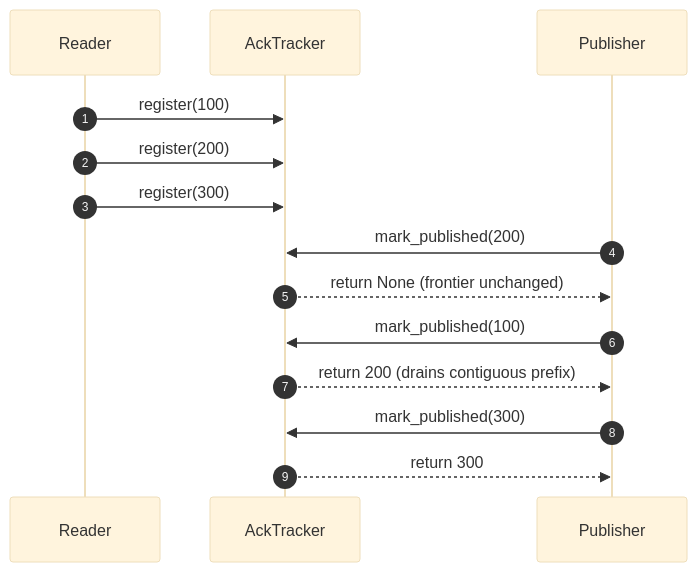
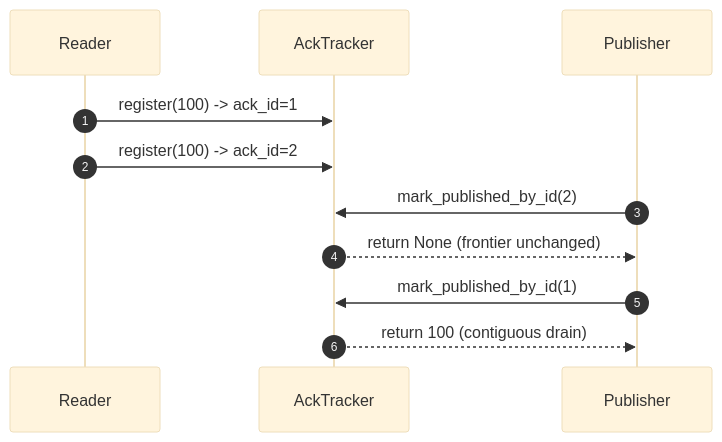
Before and after one commit to giuliano-altobelli/data-platform: the third of 3 diagrams in docs/streaming/cdc-ack-tracker-line-by-line.md, drawn with Mermaid (base theme). The commit also changed other lines of this file and 8 other files, not shown here.

````diff
--- a/docs/streaming/cdc-ack-tracker-line-by-line.md
+++ b/docs/streaming/cdc-ack-tracker-line-by-line.md
@@ -258,20 +312,16 @@
 ```mermaid
 sequenceDiagram
   autonumber
   participant R as Reader
   participant A as AckTracker
   participant P as Publisher
 
-  R->>A: register(100)
-  R->>A: register(200)
-  R->>A: register(300)
+  R->>A: register(100) -> ack_id=1
+  R->>A: register(100) -> ack_id=2
 
-  P->>A: mark_published(200)
+  P->>A: mark_published_by_id(2)
   A-->>P: return None (frontier unchanged)
 
-  P->>A: mark_published(100)
-  A-->>P: return 200 (drains contiguous prefix)
-
-  P->>A: mark_published(300)
-  A-->>P: return 300
+  P->>A: mark_published_by_id(1)
+  A-->>P: return 100 (contiguous drain)
 ```
````
